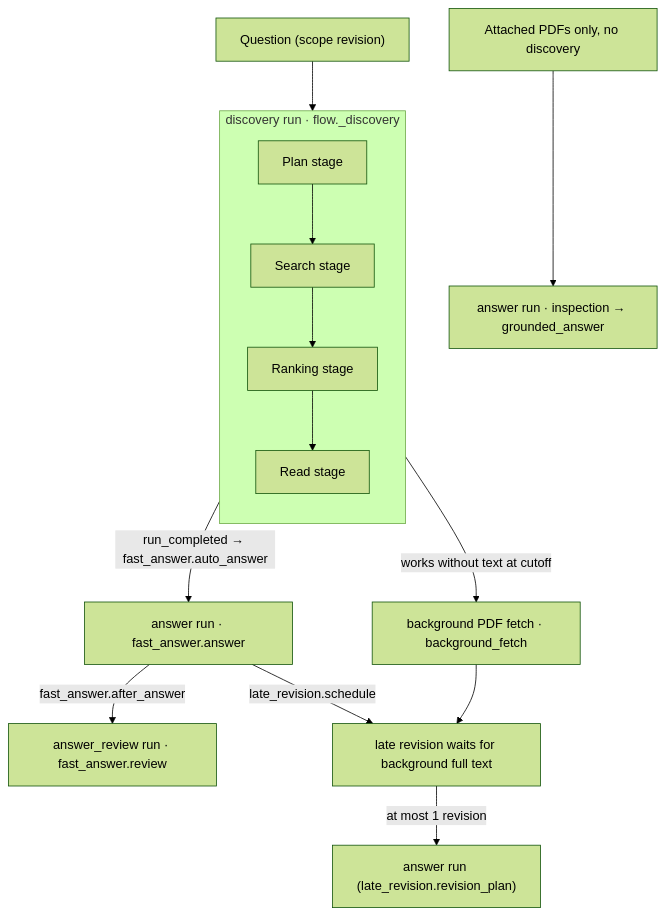
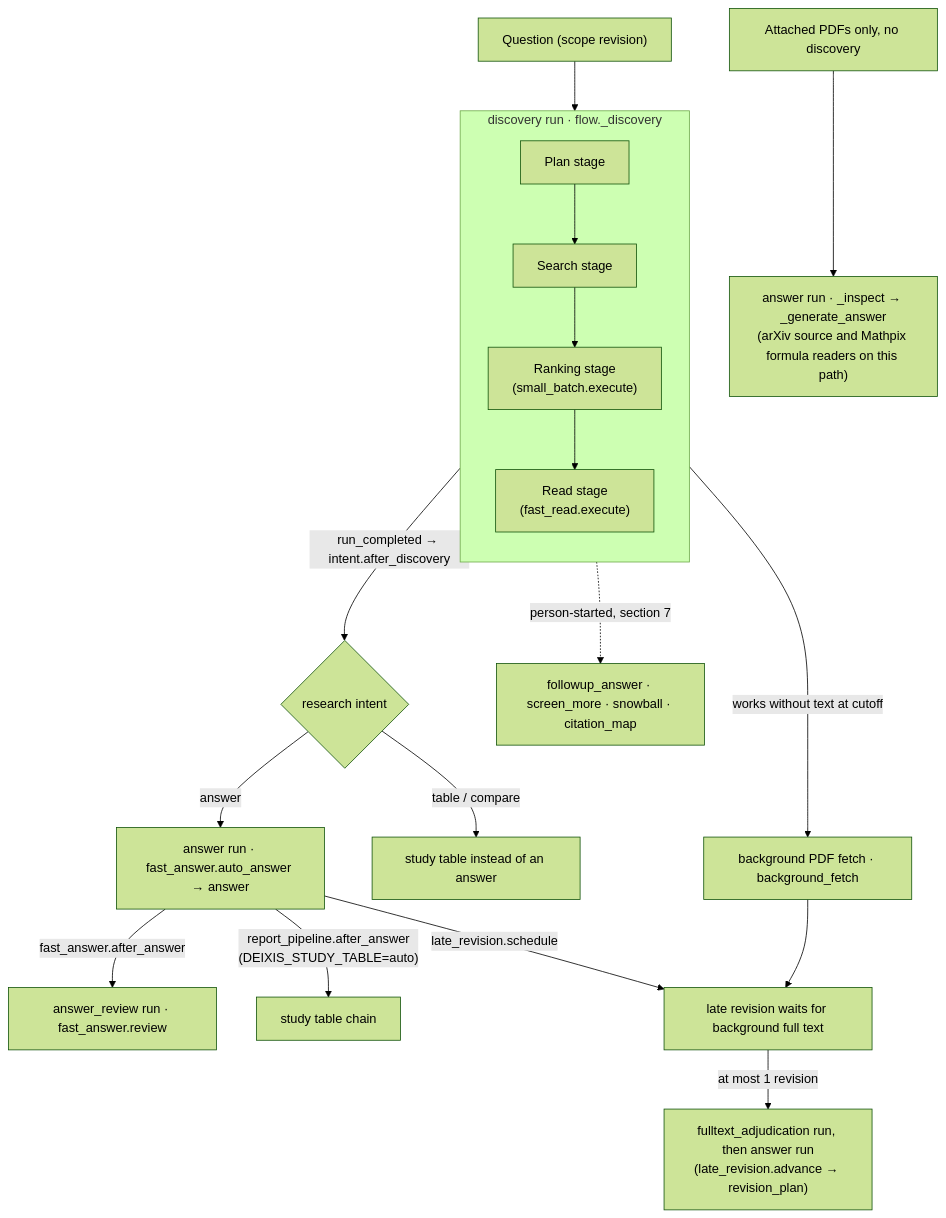
One commit to huguryildiz/DEIXIS changed the first of 8 diagrams in docs/search-architecture.md. Above: the diagram before and after it, drawn with Mermaid (forest theme). The commit also changed other lines of this file, not shown here.

Commit message:
docs: search architecture brought up to 8cbedaea (reranker, ranking replay, joint signal, seed semantic requests, follow-up, Screen more, snowball, citation map)

````diff
--- a/docs/search-architecture.md
+++ b/docs/search-architecture.md
@@ -9,20 +11,25 @@
 ```mermaid
 flowchart TD
     Q["Question (scope revision)"] --> D
 
     subgraph D["discovery run · flow._discovery"]
         direction TB
         P["Plan stage"] --> S["Search stage"]
-        S --> R["Ranking stage"]
-        R --> RD["Read stage"]
+        S --> R["Ranking stage<br/>(small_batch.execute)"]
+        R --> RD["Read stage<br/>(fast_read.execute)"]
     end
 
-    D -->|"run_completed → fast_answer.auto_answer"| A["answer run · fast_answer.answer"]
+    D -->|"run_completed → intent.after_discovery"| INT{"research intent"}
+    INT -->|"answer"| A["answer run · fast_answer.auto_answer → answer"]
+    INT -->|"table / compare"| TB["study table instead of an answer"]
     A -->|"fast_answer.after_answer"| AR["answer_review run · fast_answer.review"]
+    A -->|"report_pipeline.after_answer<br/>(DEIXIS_STUDY_TABLE=auto)"| ST["study table chain"]
     A -->|"late_revision.schedule"| LW["late revision waits for background full text"]
     RD -->|"works without text at cutoff"| BG["background PDF fetch · background_fetch"]
     BG --> LW
-    LW -->|"at most 1 revision"| LR["answer run (late_revision.revision_plan)"]
+    LW -->|"at most 1 revision"| LR["fulltext_adjudication run, then answer run<br/>(late_revision.advance → revision_plan)"]
 
-    ATT["Attached PDFs only, no discovery"] --> INS["answer run · inspection → grounded_answer"]
+    ATT["Attached PDFs only, no discovery"] --> INS["answer run · _inspect → _generate_answer<br/>(arXiv source and Mathpix formula readers on this path)"]
+
+    D -.->|"person-started, section 7"| PS["followup_answer · screen_more · snowball · citation_map"]
 ```
````
